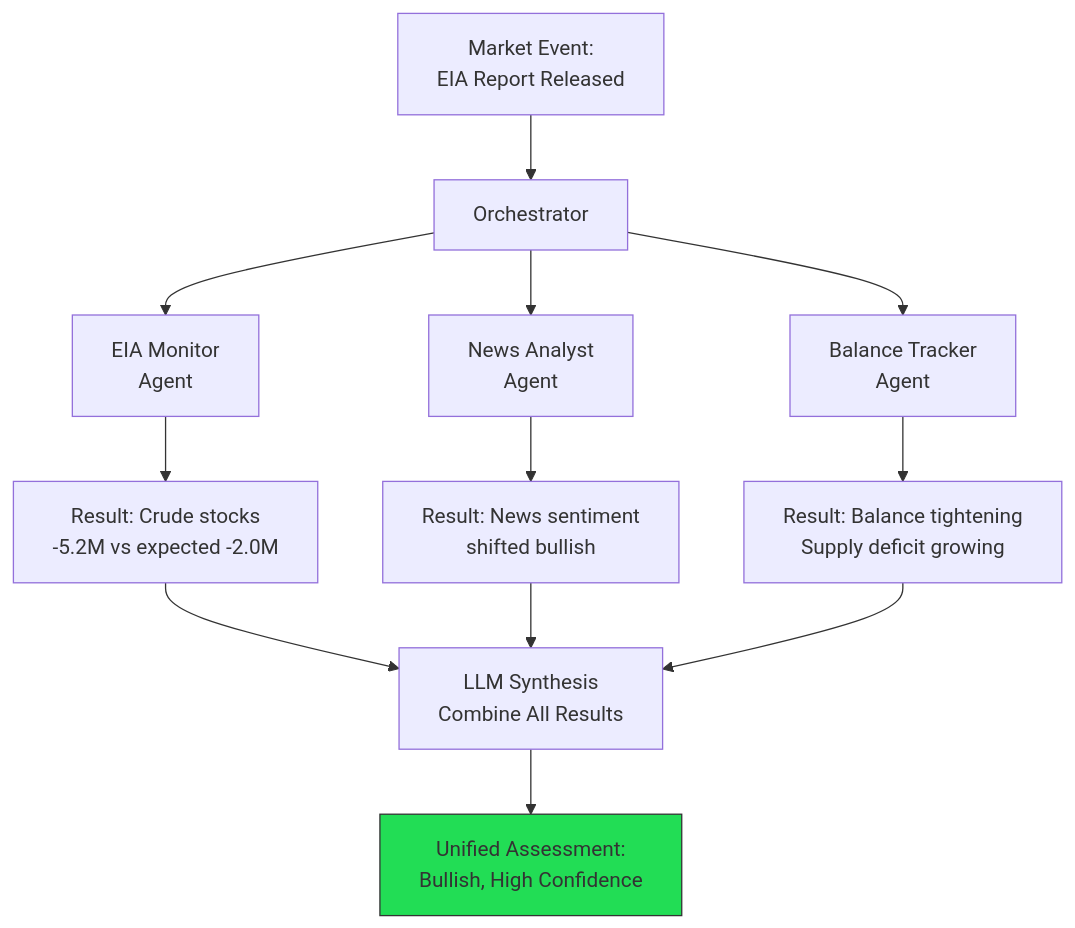
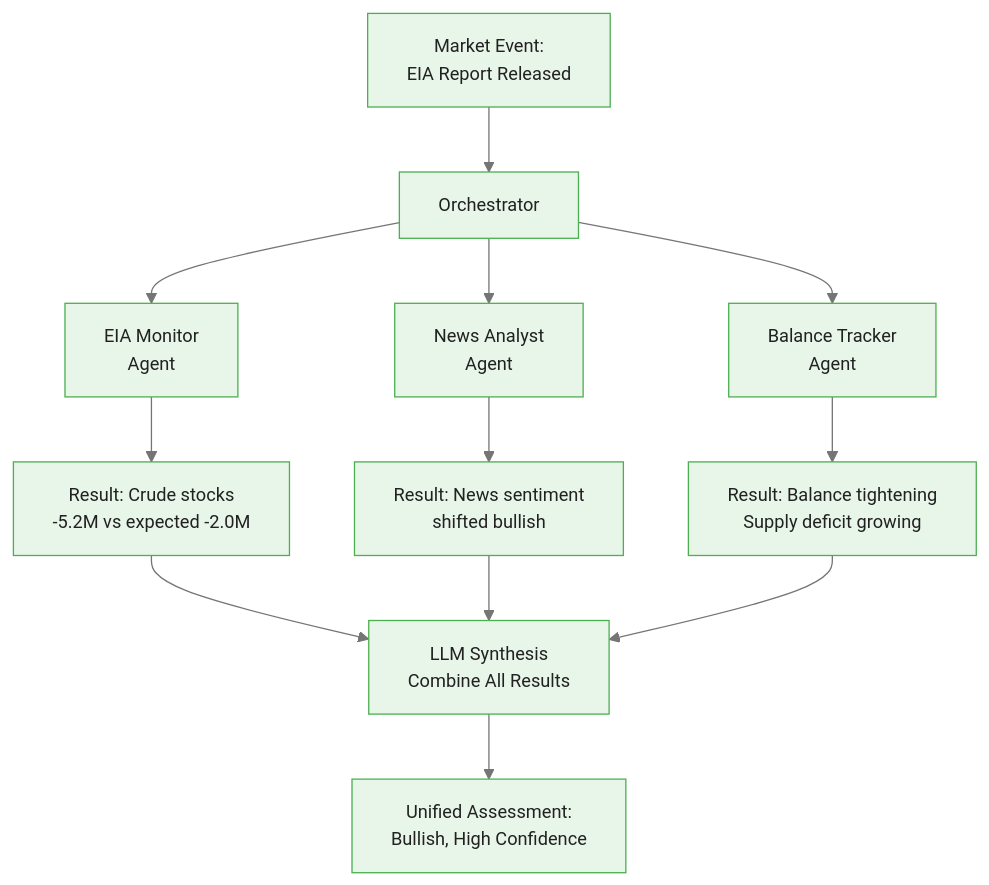
The third of 7 diagrams in courses/genai-commodities/modules/module_06_production/guides/01_commodity_agents_slides.md (m-deane/course-creator), drawn with Mermaid before and after one commit. The commit also changed other lines of this file and 84 other files, not shown here.

````diff
--- a/courses/genai-commodities/modules/module_06_production/guides/01_commodity_agents_slides.md
+++ b/courses/genai-commodities/modules/module_06_production/guides/01_commodity_agents_slides.md
@@ -203,20 +229,19 @@
 ```mermaid
+%%{init: {"theme": "base", "themeVariables": {"primaryColor": "#e8f5e9", "primaryBorderColor": "#4caf50", "primaryTextColor": "#212121", "secondaryColor": "#e3f2fd", "tertiaryColor": "#fff8e1", "lineColor": "#757575", "fontFamily": "Inter, sans-serif", "fontSize": "14px"}}}%%
 flowchart TD
     A[Market Event:<br/>EIA Report Released] --> B[Orchestrator]
 
     B --> C[EIA Monitor<br/>Agent]
     B --> D[News Analyst<br/>Agent]
     B --> E[Balance Tracker<br/>Agent]
 
     C --> F["Result: Crude stocks<br/>-5.2M vs expected -2.0M"]
     D --> G["Result: News sentiment<br/>shifted bullish"]
     E --> H["Result: Balance tightening<br/>Supply deficit growing"]
 
     F --> I[LLM Synthesis<br/>Combine All Results]
     G --> I
     H --> I
 
     I --> J[Unified Assessment:<br/>Bullish, High Confidence]
-
-    style J fill:#2d5,stroke:#333
 ```
````
